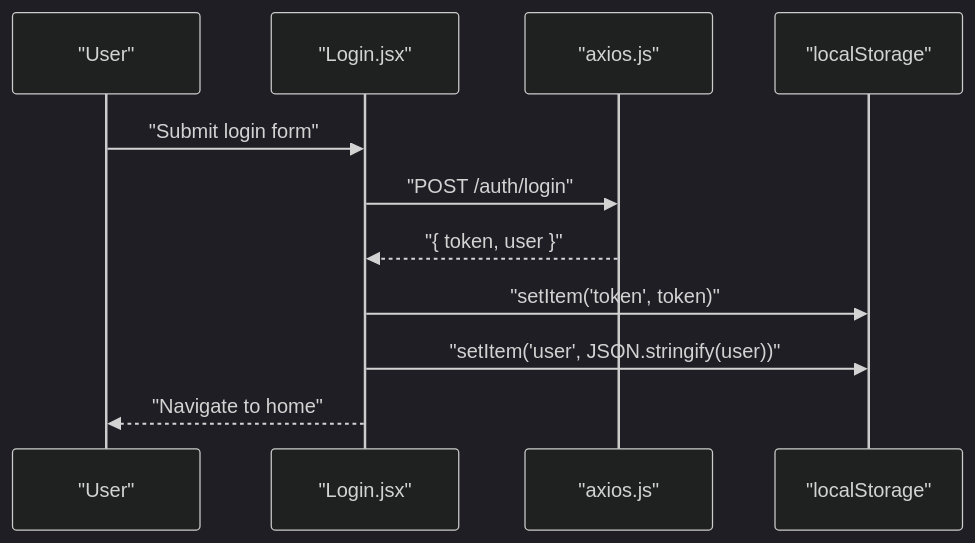
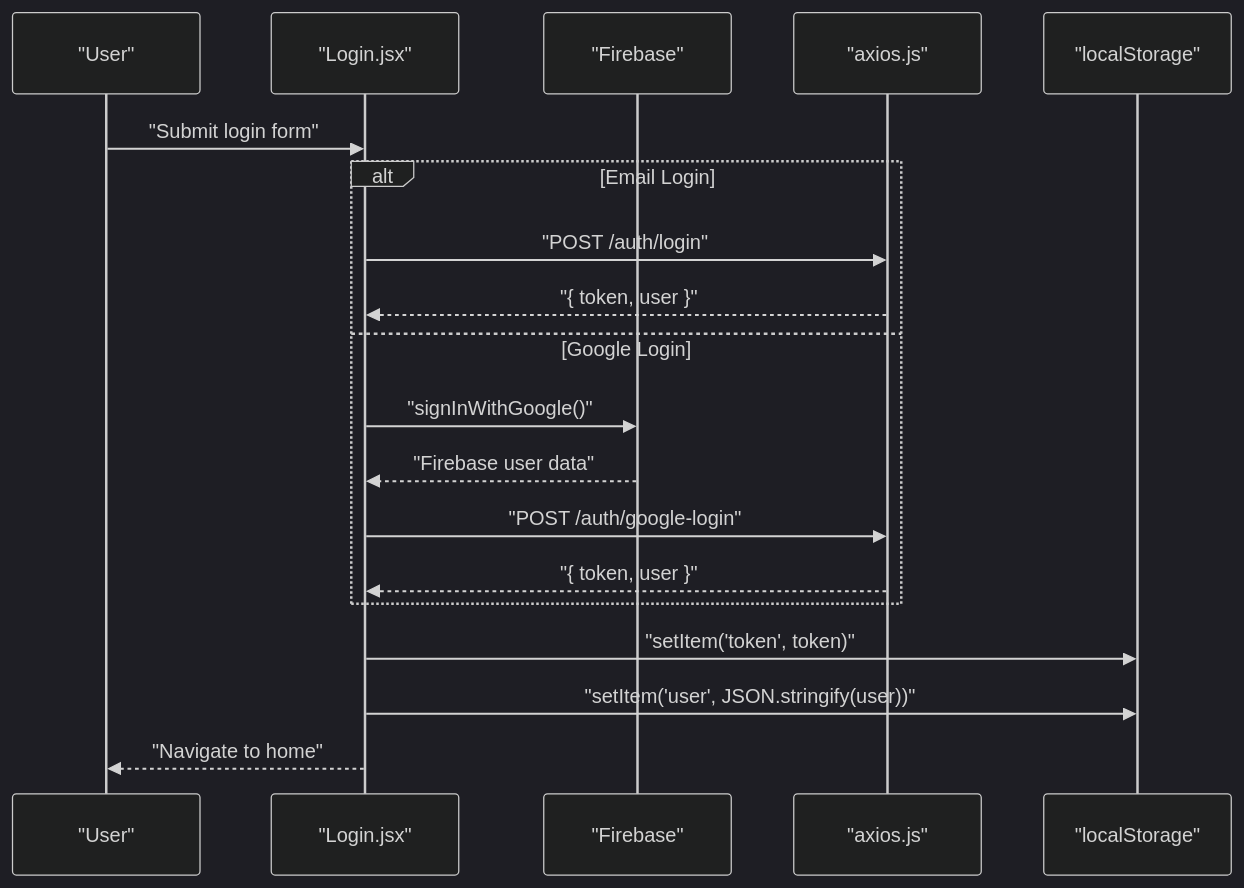
One commit to Pavan-PSPK9032/TrendsandToss changed the sixth of 11 diagrams in .qoder/repowiki/en/content/Authentication & Authorization/Frontend Authentication State Management.md. Above: the diagram before and after it, drawn with Mermaid (dark theme). The commit also changed other lines of this file and 5 other files, not shown here.

````diff
--- a/.qoder/repowiki/en/content/Authentication & Authorization/Frontend Authentication State Management.md
+++ b/.qoder/repowiki/en/content/Authentication & Authorization/Frontend Authentication State Management.md
@@ -212,13 +296,21 @@
 ```mermaid
 sequenceDiagram
 participant U as "User"
 participant P as "Login.jsx"
+participant F as "Firebase"
 participant AX as "axios.js"
 participant LS as "localStorage"
 U->>P : "Submit login form"
+alt Email Login
 P->>AX : "POST /auth/login"
 AX-->>P : "{ token, user }"
+else Google Login
+P->>F : "signInWithGoogle()"
+F-->>P : "Firebase user data"
+P->>AX : "POST /auth/google-login"
+AX-->>P : "{ token, user }"
+end
 P->>LS : "setItem('token', token)"
 P->>LS : "setItem('user', JSON.stringify(user))"
 P-->>U : "Navigate to home"
 ```
````
